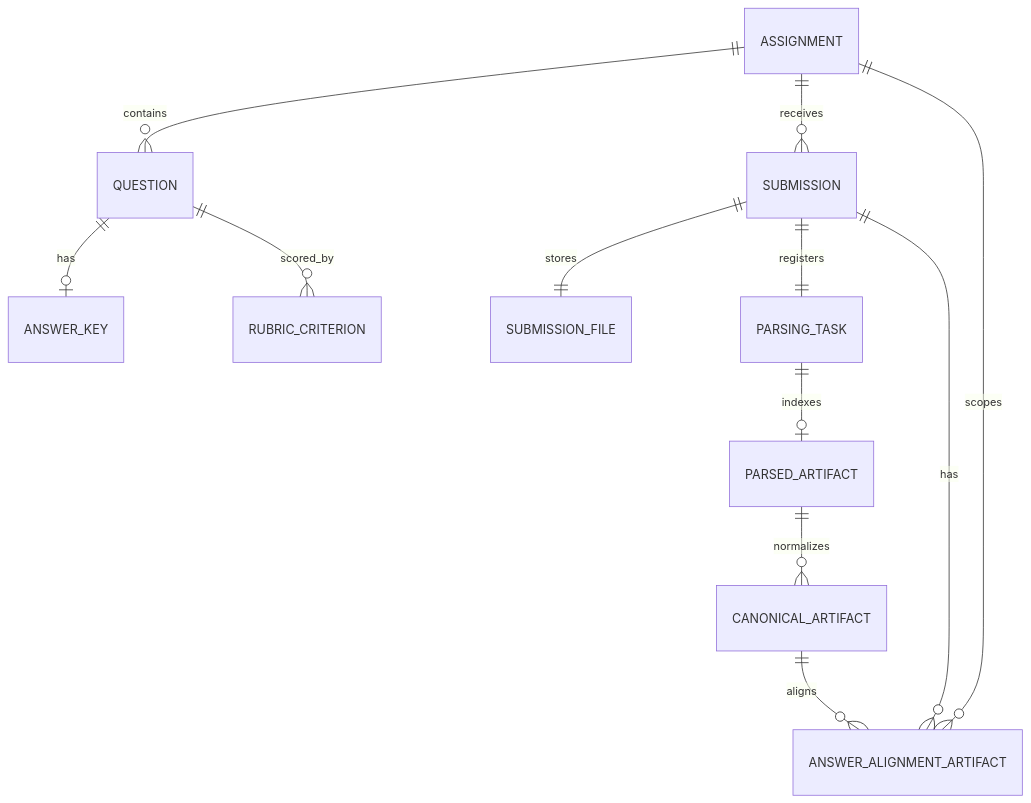
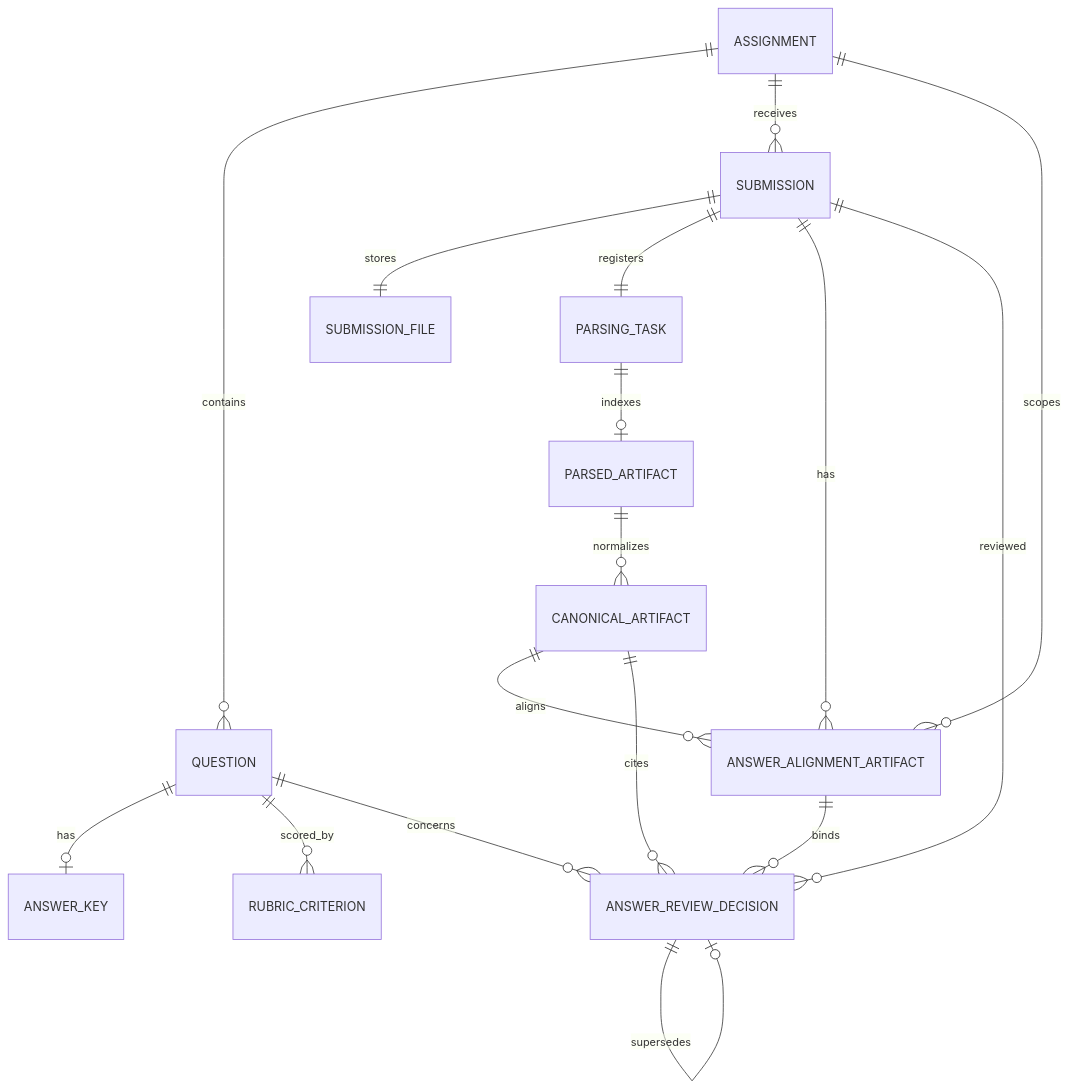
One commit to hvqo/huipi-cloud changed the diagram in docs/architecture.md. Above: the diagram before and after it, drawn with Mermaid. The commit also changed other lines of this file and 20 other files, not shown here.

````diff
--- a/docs/architecture.md
+++ b/docs/architecture.md
@@ -24,14 +41,19 @@
 ```mermaid
 erDiagram
     ASSIGNMENT ||--o{ QUESTION : contains
     QUESTION ||--o| ANSWER_KEY : has
     QUESTION ||--o{ RUBRIC_CRITERION : scored_by
     ASSIGNMENT ||--o{ SUBMISSION : receives
     SUBMISSION ||--|| SUBMISSION_FILE : stores
     SUBMISSION ||--|| PARSING_TASK : registers
     PARSING_TASK ||--o| PARSED_ARTIFACT : indexes
     PARSED_ARTIFACT ||--o{ CANONICAL_ARTIFACT : normalizes
     SUBMISSION ||--o{ ANSWER_ALIGNMENT_ARTIFACT : has
     ASSIGNMENT ||--o{ ANSWER_ALIGNMENT_ARTIFACT : scopes
     CANONICAL_ARTIFACT ||--o{ ANSWER_ALIGNMENT_ARTIFACT : aligns
+    SUBMISSION ||--o{ ANSWER_REVIEW_DECISION : reviewed
+    QUESTION ||--o{ ANSWER_REVIEW_DECISION : concerns
+    ANSWER_ALIGNMENT_ARTIFACT ||--o{ ANSWER_REVIEW_DECISION : binds
+    CANONICAL_ARTIFACT ||--o{ ANSWER_REVIEW_DECISION : cites
+    ANSWER_REVIEW_DECISION ||--o| ANSWER_REVIEW_DECISION : supersedes
 ```
````
